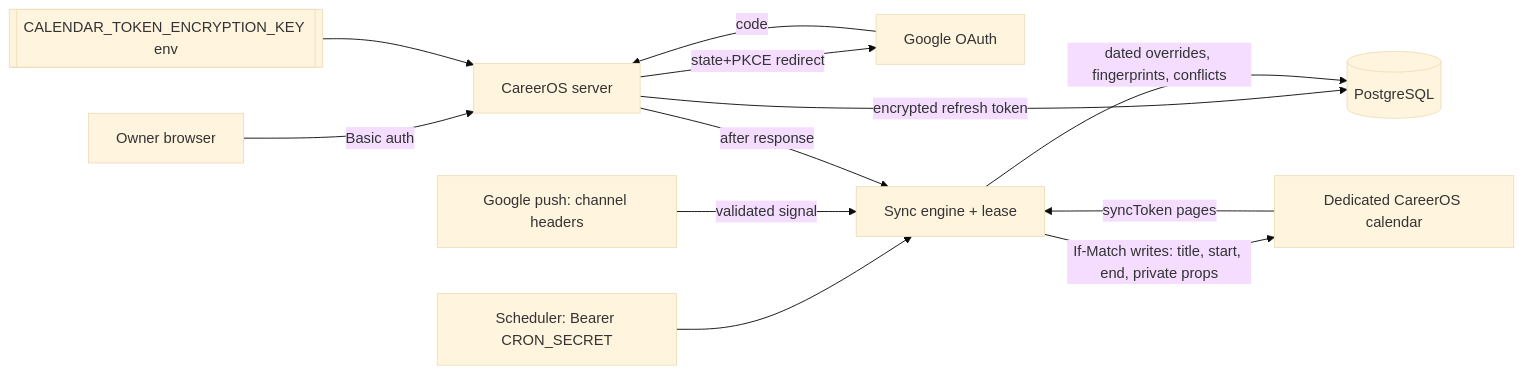
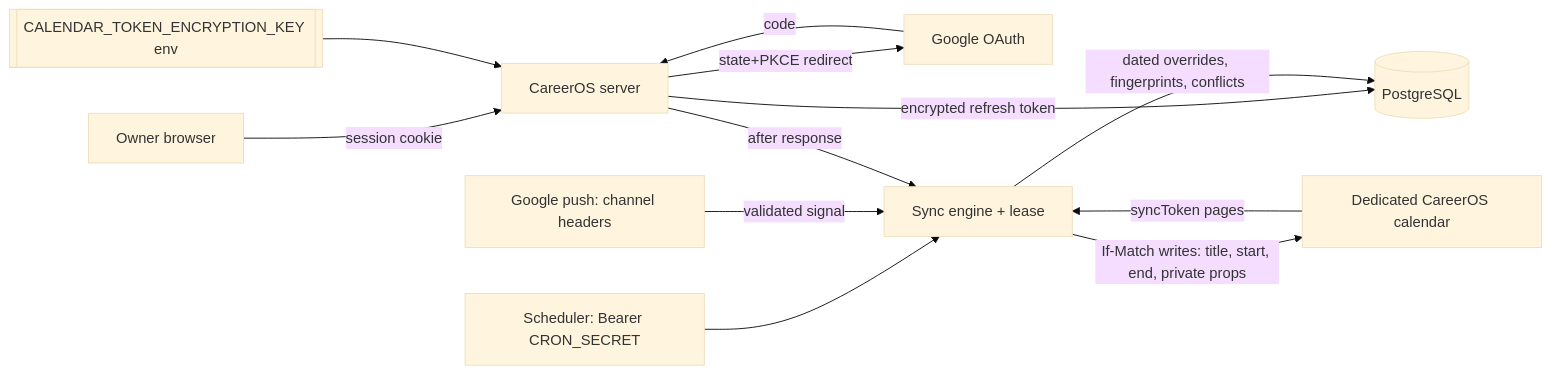
The eighth of 10 diagrams in docs/architecture/data-flows.md (Shams261/CareerOs), drawn with Mermaid (base theme) before and after one commit. The commit also changed other lines of this file and 19 other files, not shown here.

````diff
--- a/docs/architecture/data-flows.md
+++ b/docs/architecture/data-flows.md
@@ -154,14 +159,14 @@
 ```mermaid
 flowchart LR
-  Owner[Owner browser] -->|Basic auth| App[CareerOS server]
+  Owner[Owner browser] -->|session cookie| App[CareerOS server]
   App -->|state+PKCE redirect| GAuth[Google OAuth]
   GAuth -->|code| App
   App -->|encrypted refresh token| DB[(PostgreSQL)]
   Key[[CALENDAR_TOKEN_ENCRYPTION_KEY env]] --> App
   Cron[Scheduler: Bearer CRON_SECRET] --> Sync[Sync engine + lease]
   Hook[Google push: channel headers] -->|validated signal| Sync
   App -->|after response| Sync
   Sync -->|If-Match writes: title, start, end, private props| GCal[Dedicated CareerOS calendar]
   GCal -->|syncToken pages| Sync
   Sync -->|dated overrides, fingerprints, conflicts| DB
 ```
````
